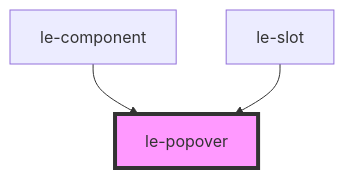
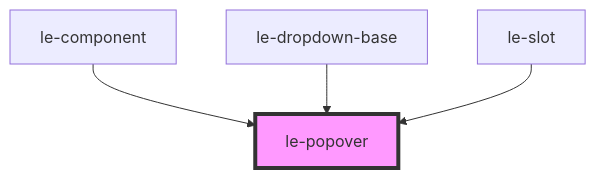
The diagram in src/components/le-popover/readme.md (leechy/le-kit), drawn with Mermaid before and after one commit. The commit also changed other lines of this file and 5 other files, not shown here.

First line of the commit message:
Add <le-dropdown-base> — common parent for all future dropdown components, like le-select

````diff
--- a/src/components/le-popover/readme.md
+++ b/src/components/le-popover/readme.md
@@ -90,6 +100,7 @@
 ```mermaid
 graph TD;
   le-component --> le-popover
+  le-dropdown-base --> le-popover
   le-slot --> le-popover
   style le-popover fill:#f9f,stroke:#333,stroke-width:4px
 ```
````
